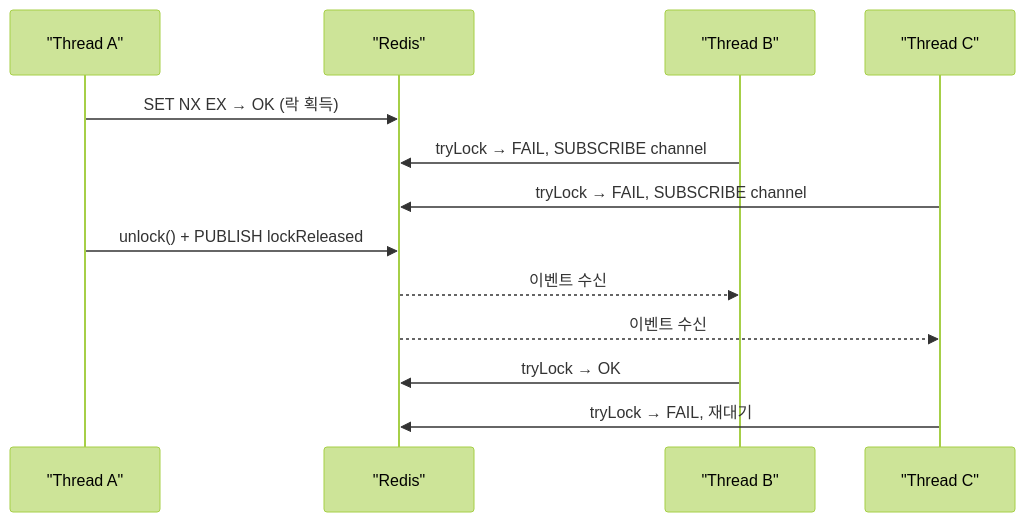
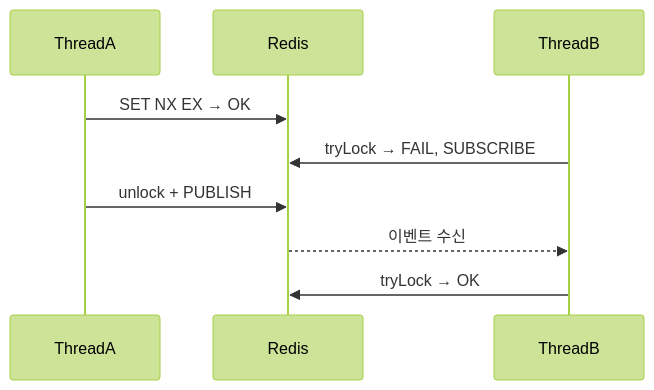
One commit to yjkim2015/yjkim2015.github.io changed the fifth of 15 diagrams in _posts/redis/2026-05-01-redis-distributed-lock.md. Above: the diagram before and after it, drawn with Mermaid (forest theme). The commit also changed other lines of this file and 155 other files, not shown here.

First line of the commit message:
Mermaid 전면 수정: subgraph 제거, participant/노드/줄수 축소 (342블록)

````diff
--- a/_posts/redis/2026-05-01-redis-distributed-lock.md
+++ b/_posts/redis/2026-05-01-redis-distributed-lock.md
@@ -321,15 +318,11 @@
 ```mermaid
 sequenceDiagram
-    participant A as "Thread A"
-    participant R as "Redis"
-    participant B as "Thread B"
-    participant C as "Thread C"
-    A->>R: SET NX EX → OK (락 획득)
-    B->>R: tryLock → FAIL, SUBSCRIBE channel
-    C->>R: tryLock → FAIL, SUBSCRIBE channel
-    A->>R: unlock() + PUBLISH lockReleased
+    participant A as ThreadA
+    participant R as Redis
+    participant B as ThreadB
+    A->>R: SET NX EX → OK
+    B->>R: tryLock → FAIL, SUBSCRIBE
+    A->>R: unlock + PUBLISH
     R-->>B: 이벤트 수신
-    R-->>C: 이벤트 수신
     B->>R: tryLock → OK
-    C->>R: tryLock → FAIL, 재대기
 ```
````
